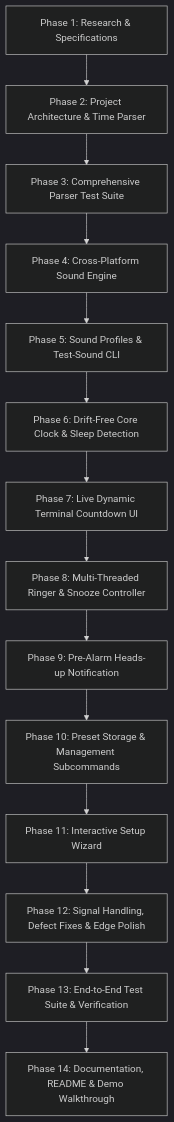
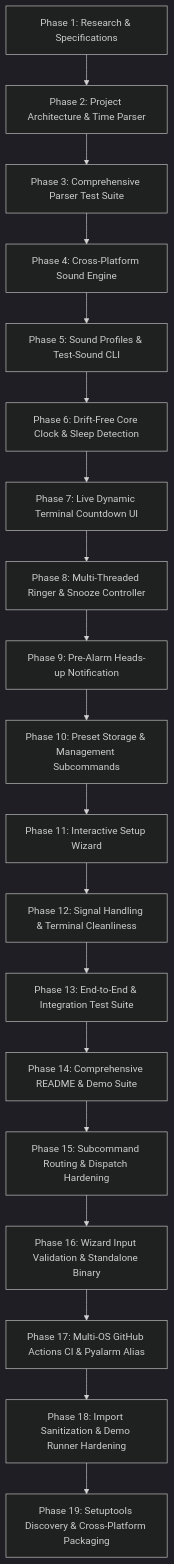
The diagram in ROADMAP.md (saijyothikumar/PythonCLIAlarm), drawn with Mermaid (dark theme) before and after one commit. The commit also changed other lines of this file and 2 other files, not shown here.

Commit message:
docs: sync ROADMAP with 19-commit lifecycle, update author, and highlight pyalarm alias

````diff
--- a/ROADMAP.md
+++ b/ROADMAP.md
@@ -10,16 +10,21 @@
 ```mermaid
 graph TD
     P1[Phase 1: Research & Specifications] --> P2[Phase 2: Project Architecture & Time Parser]
     P2 --> P3[Phase 3: Comprehensive Parser Test Suite]
     P3 --> P4[Phase 4: Cross-Platform Sound Engine]
     P4 --> P5[Phase 5: Sound Profiles & Test-Sound CLI]
     P5 --> P6[Phase 6: Drift-Free Core Clock & Sleep Detection]
     P6 --> P7[Phase 7: Live Dynamic Terminal Countdown UI]
     P7 --> P8[Phase 8: Multi-Threaded Ringer & Snooze Controller]
     P8 --> P9[Phase 9: Pre-Alarm Heads-up Notification]
     P9 --> P10[Phase 10: Preset Storage & Management Subcommands]
     P10 --> P11[Phase 11: Interactive Setup Wizard]
-    P11 --> P12[Phase 12: Signal Handling, Defect Fixes & Edge Polish]
-    P12 --> P13[Phase 13: End-to-End Test Suite & Verification]
-    P13 --> P14[Phase 14: Documentation, README & Demo Walkthrough]
+    P11 --> P12[Phase 12: Signal Handling & Terminal Cleanliness]
+    P12 --> P13[Phase 13: End-to-End & Integration Test Suite]
+    P13 --> P14[Phase 14: Comprehensive README & Demo Suite]
+    P14 --> P15[Phase 15: Subcommand Routing & Dispatch Hardening]
+    P15 --> P16[Phase 16: Wizard Input Validation & Standalone Binary]
+    P16 --> P17[Phase 17: Multi-OS GitHub Actions CI & Pyalarm Alias]
+    P17 --> P18[Phase 18: Import Sanitization & Demo Runner Hardening]
+    P18 --> P19[Phase 19: Setuptools Discovery & Cross-Platform Packaging]
 ```
````
